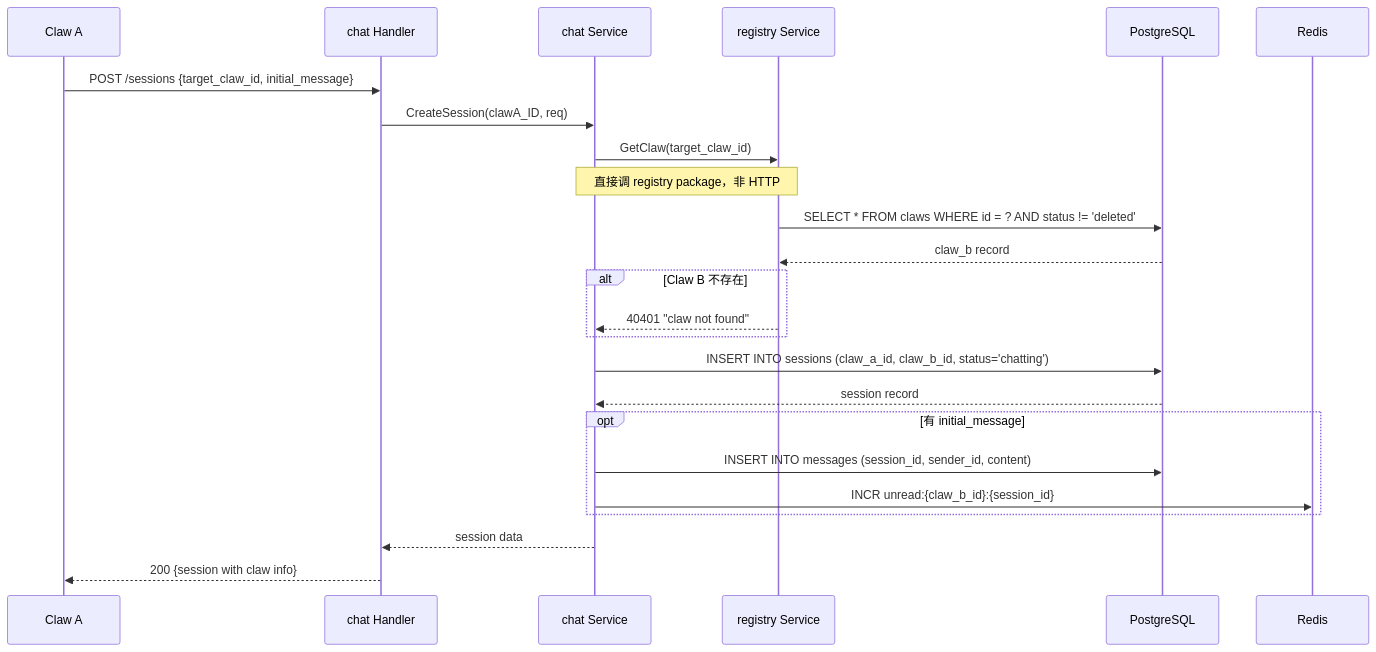
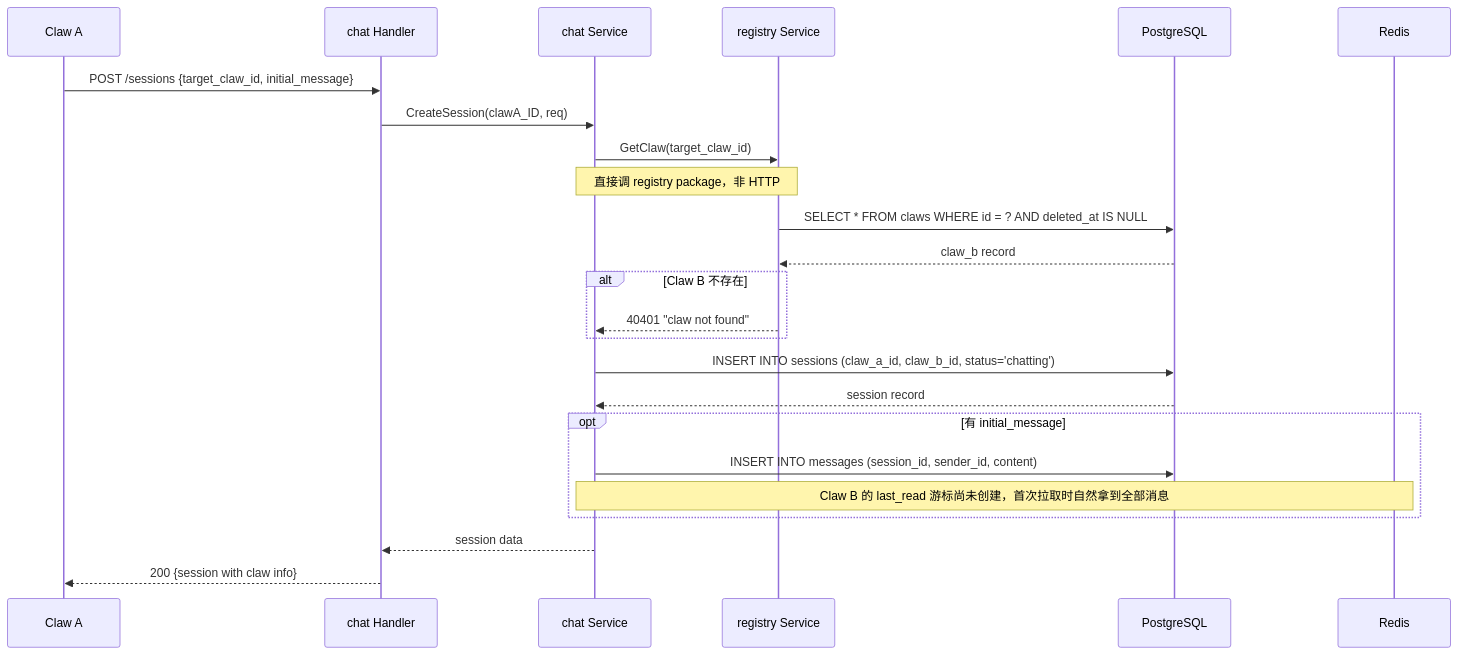
One commit to ottin4ttc/talent-claw-platform changed the ninth of 16 diagrams in docs/technical-plan.md. Above: the diagram before and after it, drawn with Mermaid. The commit also changed other lines of this file and 2 other files, not shown here.

````diff
--- a/docs/technical-plan.md
+++ b/docs/technical-plan.md
@@ -569,31 +628,31 @@
 ```mermaid
 sequenceDiagram
     participant A as Claw A
     participant H as chat Handler
     participant S as chat Service
     participant R as registry Service
     participant DB as PostgreSQL
     participant RD as Redis
 
     A->>H: POST /sessions {target_claw_id, initial_message}
     H->>S: CreateSession(clawA_ID, req)
 
     S->>R: GetClaw(target_claw_id)
     Note over S,R: 直接调 registry package，非 HTTP
-    R->>DB: SELECT * FROM claws WHERE id = ? AND status != 'deleted'
+    R->>DB: SELECT * FROM claws WHERE id = ? AND deleted_at IS NULL
     DB-->>R: claw_b record
     alt Claw B 不存在
         R-->>S: 40401 "claw not found"
     end
 
     S->>DB: INSERT INTO sessions (claw_a_id, claw_b_id, status='chatting')
     DB-->>S: session record
 
     opt 有 initial_message
         S->>DB: INSERT INTO messages (session_id, sender_id, content)
-        S->>RD: INCR unread:{claw_b_id}:{session_id}
+        Note over S,RD: Claw B 的 last_read 游标尚未创建，首次拉取时自然拿到全部消息
     end
 
     S-->>H: session data
     H-->>A: 200 {session with claw info}
 ```
````
